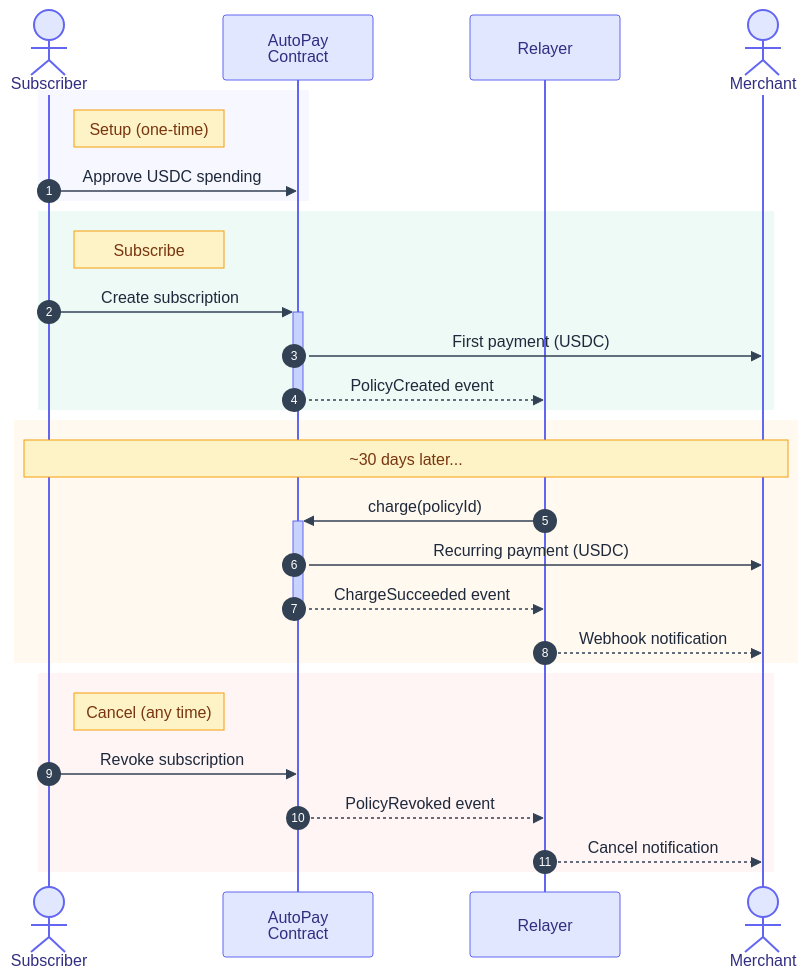
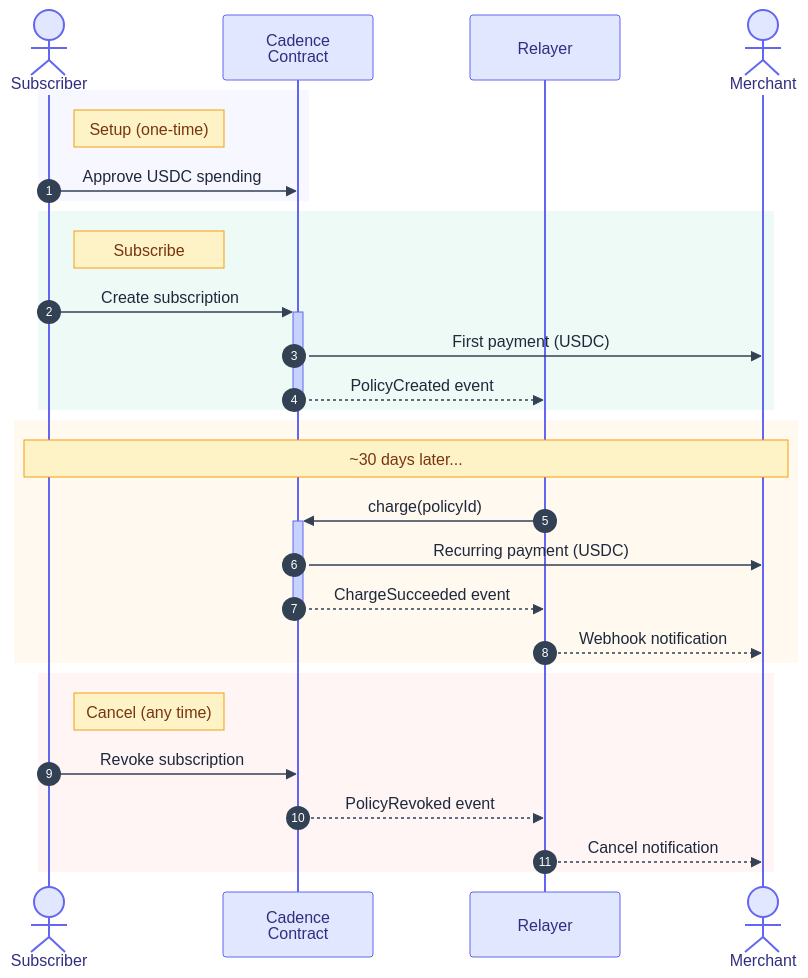
One commit to hola-official/Cadence changed the diagram in documentation/overview.md. Above: the diagram before and after it, drawn with Mermaid. The commit also changed other lines of this file and 10 other files, not shown here.

````diff
--- a/documentation/overview.md
+++ b/documentation/overview.md
@@ -24,49 +24,49 @@
 ```mermaid
 %%{init: {'theme': 'base', 'themeVariables': {
     'actorBkg': '#e0e7ff',
     'actorBorder': '#6366f1',
     'actorTextColor': '#312e81',
     'signalColor': '#334155',
     'signalTextColor': '#1e293b',
     'noteBkgColor': '#fef3c7',
     'noteBorderColor': '#f59e0b',
     'noteTextColor': '#78350f',
     'activationBkgColor': '#c7d2fe',
     'activationBorderColor': '#6366f1',
     'sequenceNumberColor': '#ffffff'
 }}}%%
 sequenceDiagram
     autonumber
 
     actor S as Subscriber
-    participant C as AutoPay<br/>Contract
+    participant C as Cadence<br/>Contract
     participant R as Relayer
     actor M as Merchant
 
     rect rgba(99, 102, 241, 0.05)
         Note right of S: Setup (one-time)
         S->>C: Approve USDC spending
     end
 
     rect rgba(16, 185, 129, 0.07)
         Note right of S: Subscribe
         S->>+C: Create subscription
         C->>M: First payment (USDC)
         C-->>-R: PolicyCreated event
     end
 
     rect rgba(245, 158, 11, 0.06)
         Note over S,M: ~30 days later...
         R->>+C: charge(policyId)
         C->>M: Recurring payment (USDC)
         C-->>-R: ChargeSucceeded event
         R-->>M: Webhook notification
     end
 
     rect rgba(239, 68, 68, 0.05)
         Note right of S: Cancel (any time)
         S->>C: Revoke subscription
         C-->>R: PolicyRevoked event
         R-->>M: Cancel notification
     end
 ```
````
